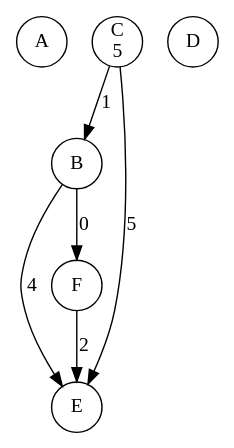
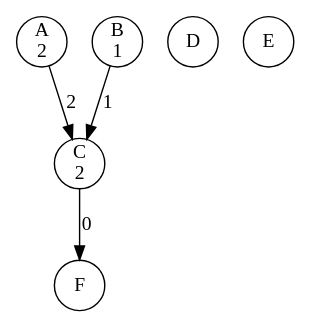
One commit to li23179/GO changed the diagram in concurrency-lab-2/bank/out/0000000005.gv. Above: the diagram before and after it, drawn with Graphviz. The commit also changed 148 other files, not shown here.

```diff
--- a/concurrency-lab-2/bank/out/0000000005.gv
+++ b/concurrency-lab-2/bank/out/0000000005.gv
@@ -1,13 +1,11 @@
 digraph bank {
-	 0 [label= "A\n" , pos= "1,0!" , shape=circle, fixedsize=true, width=0.5 ]
-	 1 [label= "B\n" , pos= "0,1!" , shape=circle, fixedsize=true, width=0.5 ]
-	 2 [label= "C\n5" , pos= "1,2!" , shape=circle, fixedsize=true, width=0.5 ]
+	 0 [label= "A\n2" , pos= "1,0!" , shape=circle, fixedsize=true, width=0.5 ]
+	 1 [label= "B\n1" , pos= "0,1!" , shape=circle, fixedsize=true, width=0.5 ]
+	 2 [label= "C\n2" , pos= "1,2!" , shape=circle, fixedsize=true, width=0.5 ]
 	 3 [label= "D\n" , pos= "2,2!" , shape=circle, fixedsize=true, width=0.5 ]
 	 4 [label= "E\n" , pos= "3,1!" , shape=circle, fixedsize=true, width=0.5 ]
 	 5 [label= "F\n" , pos= "2,0!" , shape=circle, fixedsize=true, width=0.5 ]
-	 "2" -> "4" [label= "5" ]
-	 "1" -> "5" [label= "0" ]
-	 "1" -> "4" [label= "4" ]
-	 "5" -> "4" [label= "2" ]
-	 "2" -> "1" [label= "1" ]
+	 "0" -> "2" [label= "2" ]
+	 "1" -> "2" [label= "1" ]
+	 "2" -> "5" [label= "0" ]
 }
```
